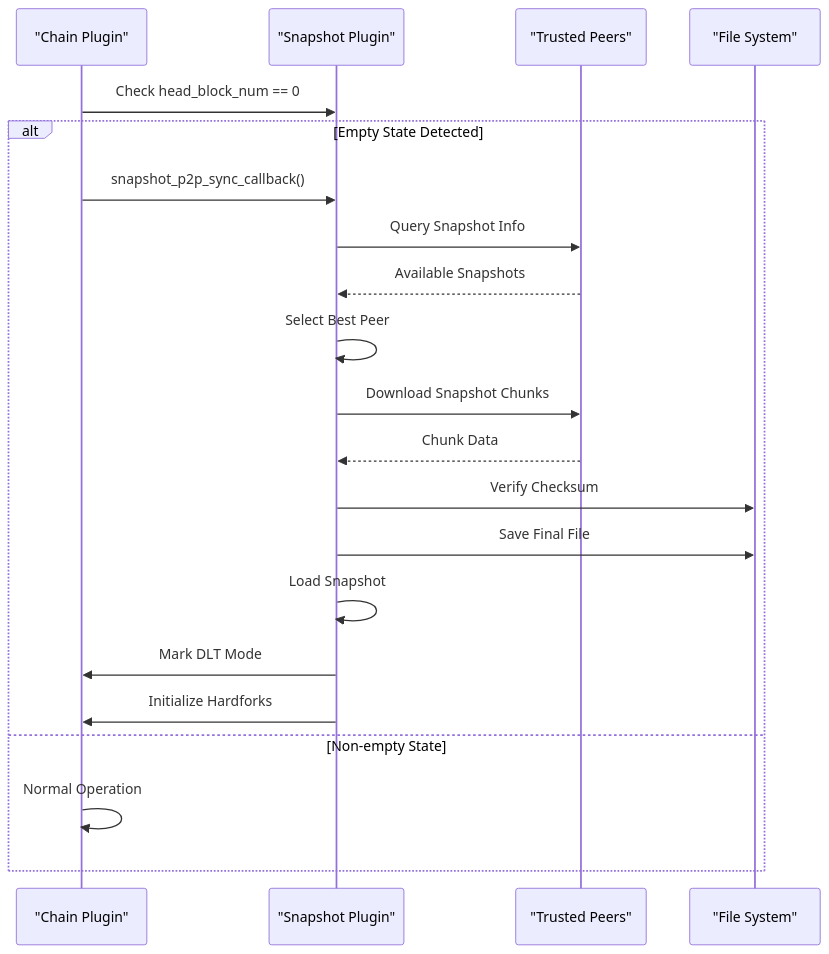
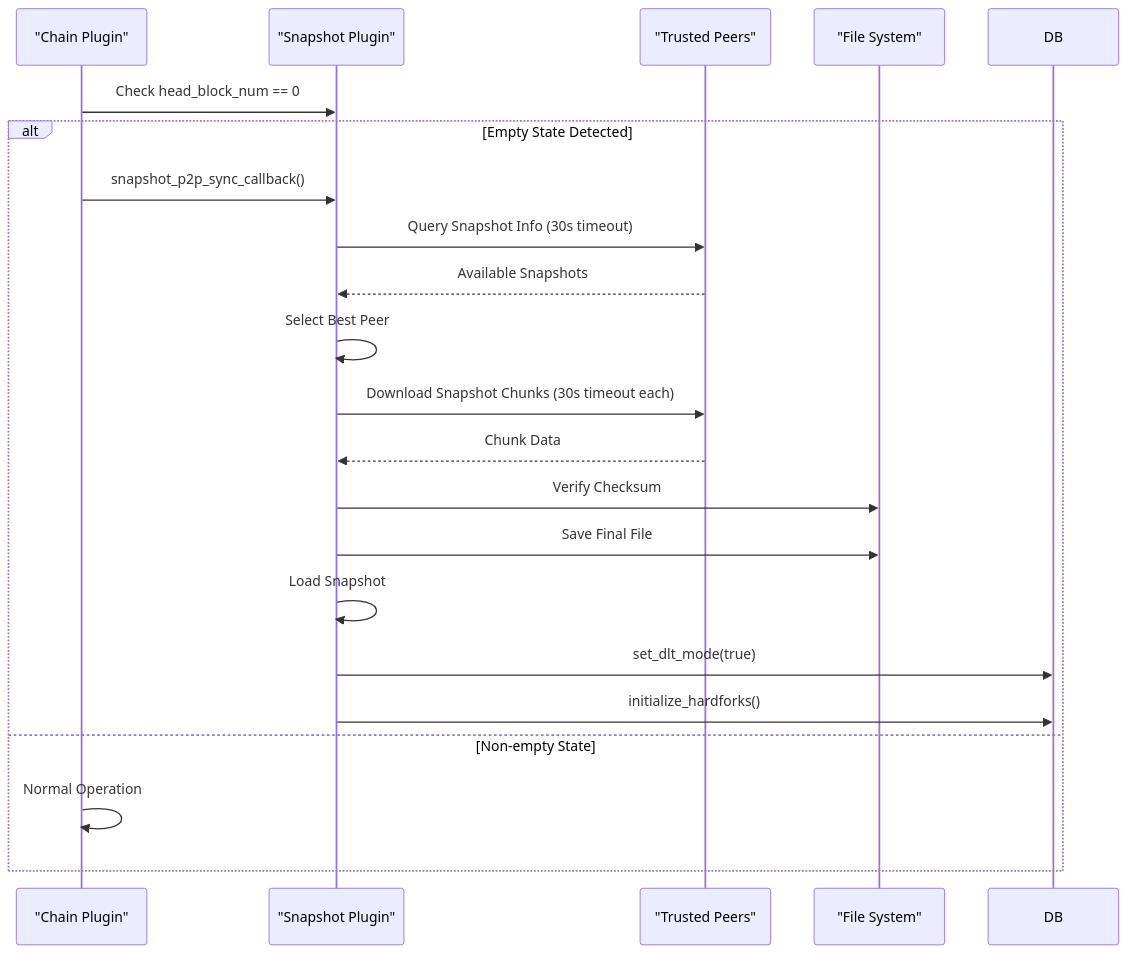
Before and after one commit to VIZ-Blockchain/viz-cpp-node: diagram 13 of 26 in .qoder/repowiki/en/content/Plugin System/Snapshot Plugin System.md, drawn with Mermaid. The commit also changed other lines of this file and 4 other files, not shown here.

First line of the commit message:
feat(dlt): enhance DLT mode detection, validation, and error handling

````diff
--- a/.qoder/repowiki/en/content/Plugin System/Snapshot Plugin System.md
+++ b/.qoder/repowiki/en/content/Plugin System/Snapshot Plugin System.md
@@ -560,23 +586,23 @@
 ```mermaid
 sequenceDiagram
 participant Chain as "Chain Plugin"
 participant Snap as "Snapshot Plugin"
 participant Peers as "Trusted Peers"
 participant FS as "File System"
 Chain->>Snap : Check head_block_num == 0
 alt Empty State Detected
 Chain->>Snap : snapshot_p2p_sync_callback()
-Snap->>Peers : Query Snapshot Info
+Snap->>Peers : Query Snapshot Info (30s timeout)
 Peers-->>Snap : Available Snapshots
 Snap->>Snap : Select Best Peer
-Snap->>Peers : Download Snapshot Chunks
+Snap->>Peers : Download Snapshot Chunks (30s timeout each)
 Peers-->>Snap : Chunk Data
 Snap->>FS : Verify Checksum
 Snap->>FS : Save Final File
 Snap->>Snap : Load Snapshot
-Snap->>Chain : Mark DLT Mode
-Snap->>Chain : Initialize Hardforks
+Snap->>DB : set_dlt_mode(true)
+Snap->>DB : initialize_hardforks()
 else Non-empty State
 Chain->>Chain : Normal Operation
 end
 ```
````
